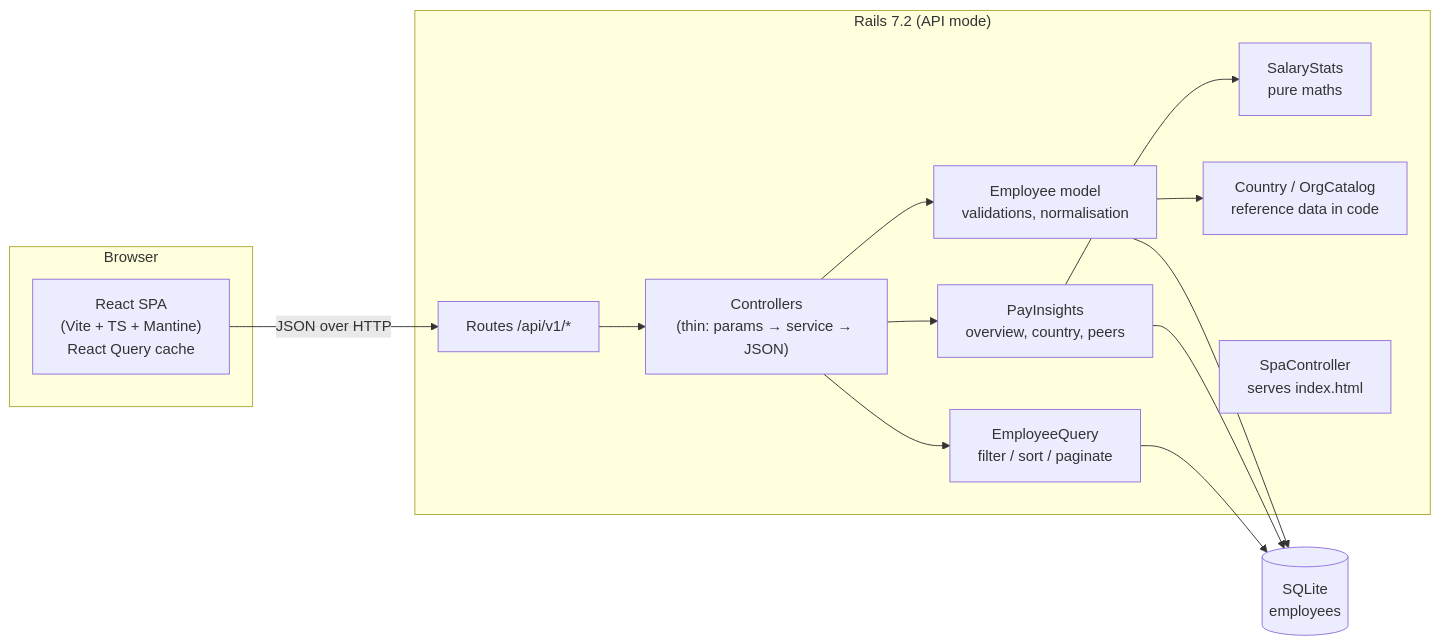
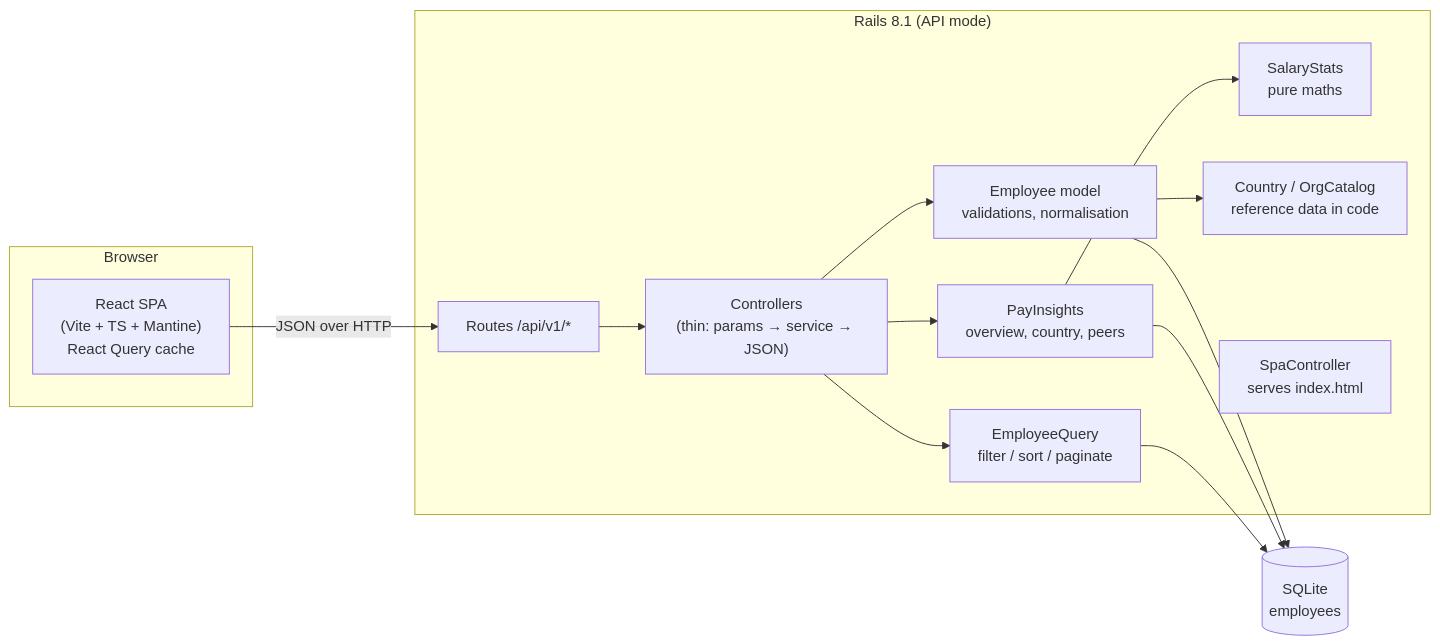
Before and after one commit to bodharth10/acme-salary: the diagram in docs/ARCHITECTURE.md, drawn with Mermaid. The commit also changed other lines of this file and 6 other files, not shown here.

````diff
--- a/docs/ARCHITECTURE.md
+++ b/docs/ARCHITECTURE.md
@@ -5,20 +5,20 @@
 ```mermaid
 flowchart LR
   subgraph Browser
     UI["React SPA<br/>(Vite + TS + Mantine)<br/>React Query cache"]
   end
-  subgraph "Rails 7.2 (API mode)"
+  subgraph "Rails 8.1 (API mode)"
     R["Routes /api/v1/*"] --> C["Controllers<br/>(thin: params → service → JSON)"]
     C --> Q["EmployeeQuery<br/>filter / sort / paginate"]
     C --> P["PayInsights<br/>overview, country, peers"]
     P --> S["SalaryStats<br/>pure maths"]
     C --> M["Employee model<br/>validations, normalisation"]
     M --> CTY["Country / OrgCatalog<br/>reference data in code"]
     SPA["SpaController<br/>serves index.html"]
   end
   DB[(SQLite<br/>employees)]
   UI -- "JSON over HTTP" --> R
   Q --> DB
   P --> DB
   M --> DB
 ```
````
